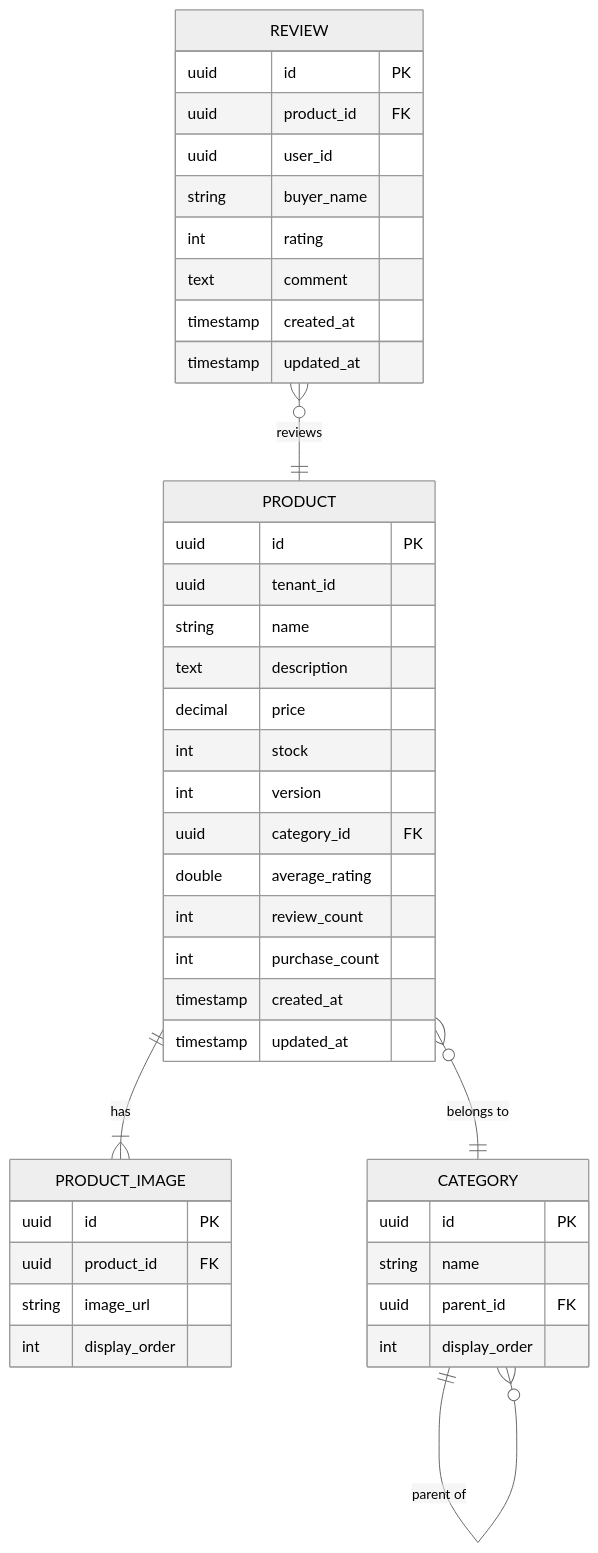
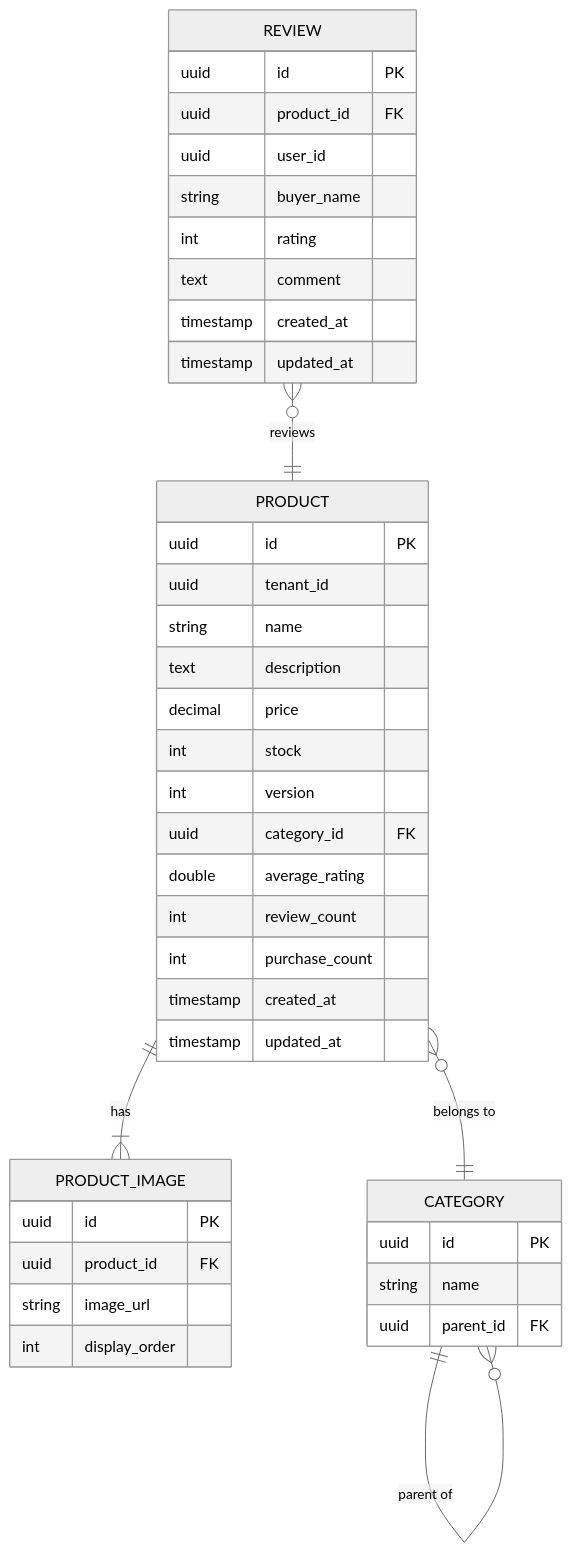
One commit to stefann5/marketplace changed the diagram in diagrams/catalog-service/er-diagram.md. Above: the diagram before and after it, drawn with Mermaid (neutral theme). The commit also changed 2 other files, not shown here.

Commit message:
updated category diagrams

````diff
--- a/diagrams/catalog-service/er-diagram.md
+++ b/diagrams/catalog-service/er-diagram.md
@@ -3,48 +3,47 @@
 ```mermaid
 erDiagram
     PRODUCT {
         uuid id PK
         uuid tenant_id
         string name
         text description
         decimal price
         int stock
         int version
         uuid category_id FK
         double average_rating
         int review_count
         int purchase_count
         timestamp created_at
         timestamp updated_at
     }
 
     PRODUCT_IMAGE {
         uuid id PK
         uuid product_id FK
         string image_url
         int display_order
     }
 
     CATEGORY {
         uuid id PK
         string name
         uuid parent_id FK
-        int display_order
     }
 
     REVIEW {
         uuid id PK
         uuid product_id FK
         uuid user_id
         string buyer_name
         int rating
         text comment
         timestamp created_at
         timestamp updated_at
     }
 
     PRODUCT }o--|| CATEGORY : "belongs to"
     PRODUCT ||--|{ PRODUCT_IMAGE : "has"
     REVIEW }o--|| PRODUCT : "reviews"
     CATEGORY ||--o{ CATEGORY : "parent of"
 ```
````
